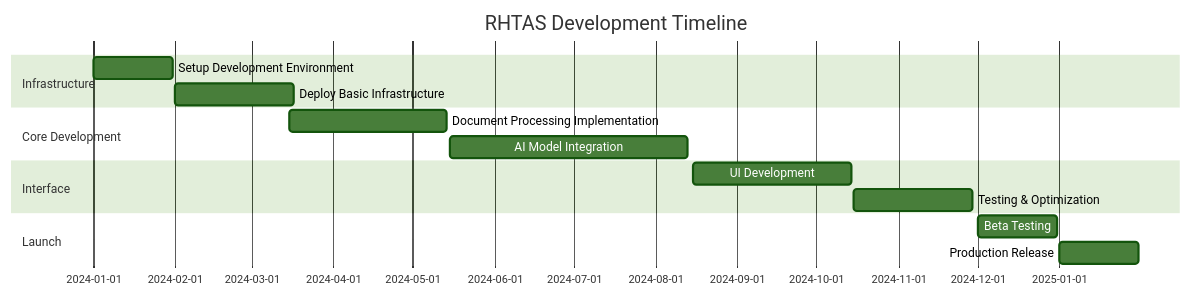
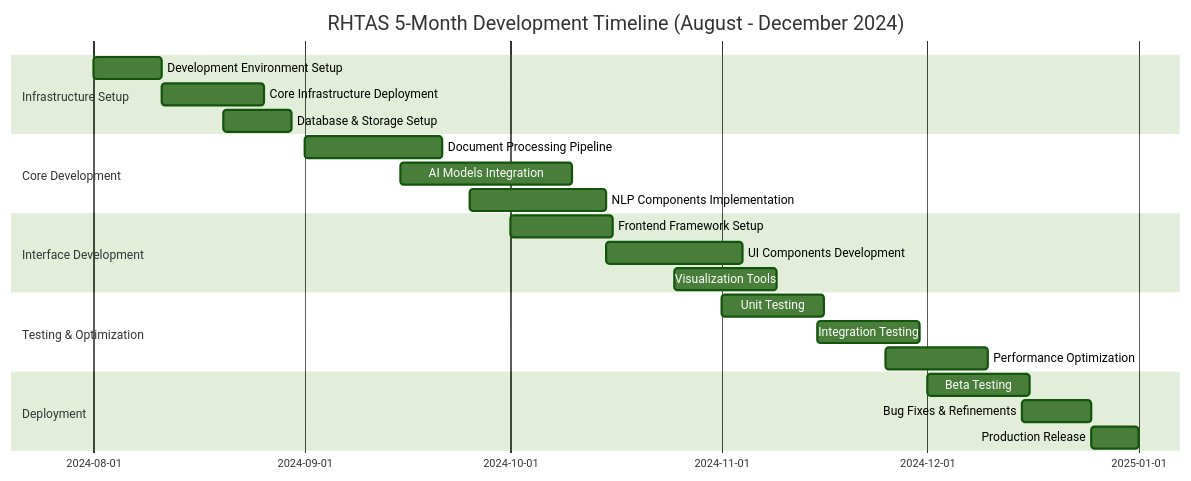
One commit to khairul-me/LuminoText changed the third of 4 diagrams in rhtas-complete-proposal.md. Above: the diagram before and after it, drawn with Mermaid (forest theme).

Commit message:
rhtas-complete-proposal.md

````diff
--- a/rhtas-complete-proposal.md
+++ b/rhtas-complete-proposal.md
@@ -204,17 +204,30 @@
 ```mermaid
 gantt
-    title RHTAS Development Timeline
-    dateFormat  YYYY-MM-DD
-    section Infrastructure
-    Setup Development Environment    :2024-01-01, 30d
-    Deploy Basic Infrastructure     :2024-02-01, 45d
+    title RHTAS 5-Month Development Timeline (August - December 2024)
+    dateFormat YYYY-MM-DD
+    
+    section Infrastructure Setup
+    Development Environment Setup     :2024-08-01, 10d
+    Core Infrastructure Deployment    :2024-08-11, 15d
+    Database & Storage Setup          :2024-08-20, 10d
+    
     section Core Development
-    Document Processing Implementation :2024-03-15, 60d
-    AI Model Integration            :2024-05-15, 90d
-    section Interface
-    UI Development                  :2024-08-15, 60d
-    Testing & Optimization          :2024-10-15, 45d
-    section Launch
-    Beta Testing                    :2024-12-01, 30d
-    Production Release              :2025-01-01, 30d
+    Document Processing Pipeline      :2024-09-01, 20d
+    AI Models Integration            :2024-09-15, 25d
+    NLP Components Implementation    :2024-09-25, 20d
+    
+    section Interface Development
+    Frontend Framework Setup         :2024-10-01, 15d
+    UI Components Development        :2024-10-15, 20d
+    Visualization Tools             :2024-10-25, 15d
+    
+    section Testing & Optimization
+    Unit Testing                    :2024-11-01, 15d
+    Integration Testing             :2024-11-15, 15d
+    Performance Optimization        :2024-11-25, 15d
+    
+    section Deployment
+    Beta Testing                    :2024-12-01, 15d
+    Bug Fixes & Refinements         :2024-12-15, 10d
+    Production Release              :2024-12-25, 7d
 ```
````
